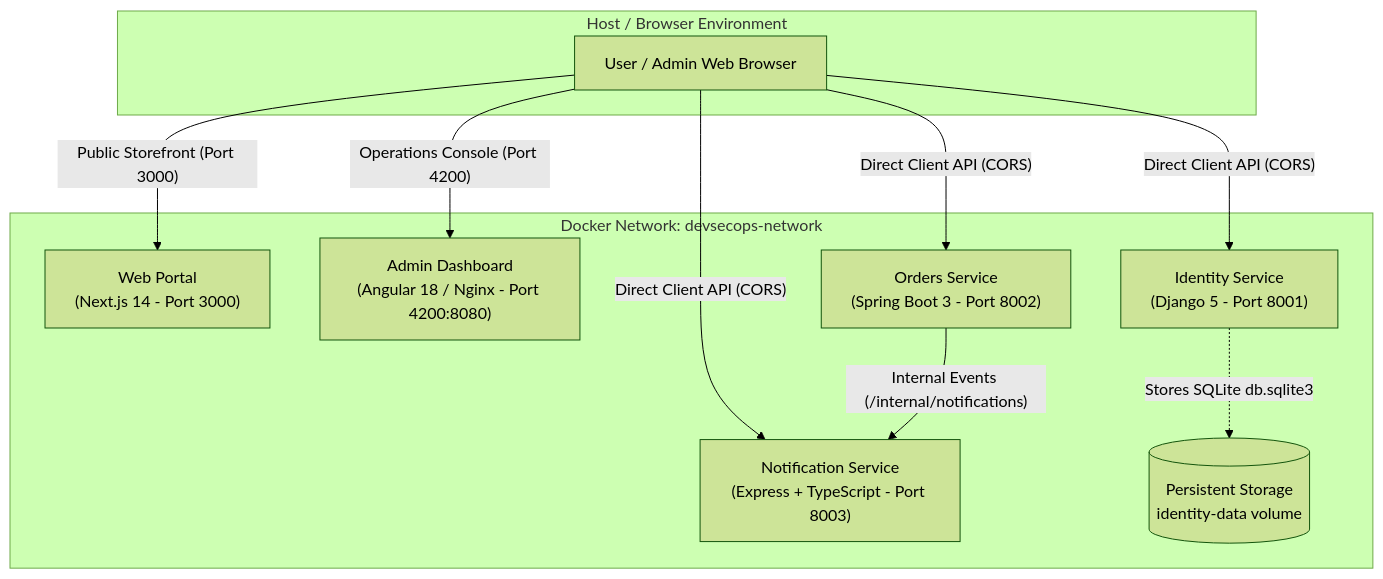
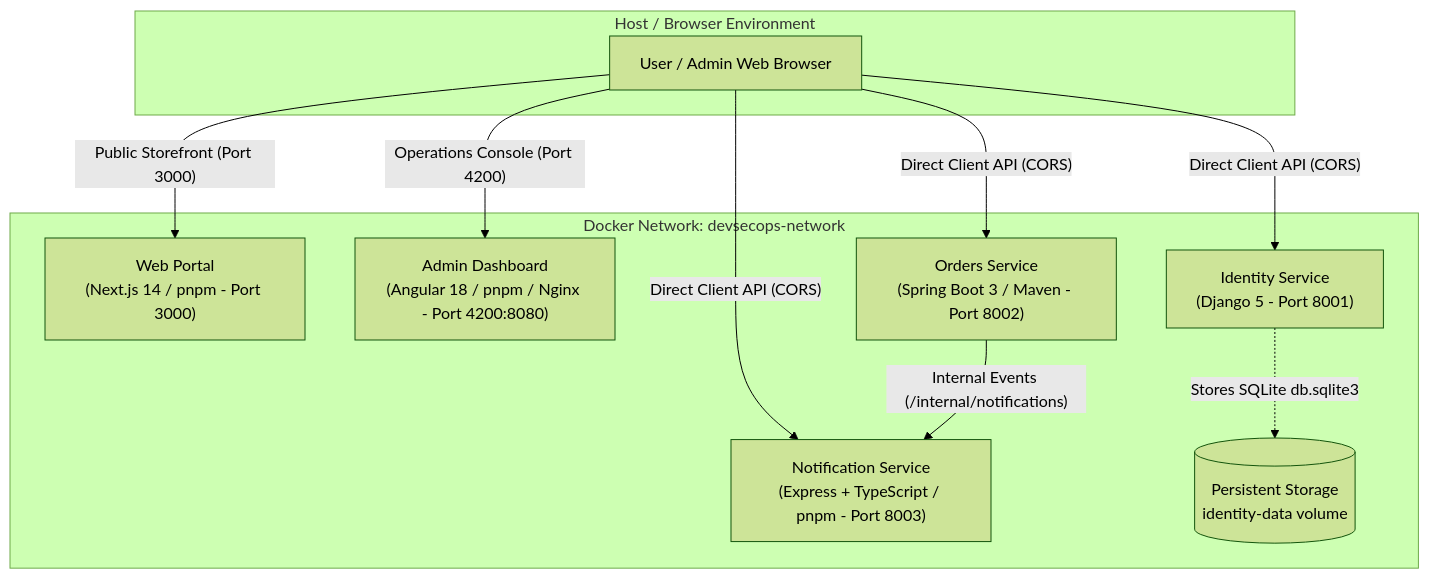
Before and after one commit to O2sa/DevSecOps-Monorepo-Shawcase: the diagram in README.md, drawn with Mermaid (forest theme). The commit also changed other lines of this file and 14 other files, not shown here.

Commit message:
feat: implement multi-stage Docker builds using pnpm for all web and service applications and update documentation accordingly.

````diff
--- a/README.md
+++ b/README.md
@@ -9,26 +9,26 @@
 ```mermaid
 flowchart TD
     subgraph Host / Browser Environment
         Browser["User / Admin Web Browser"]
     end
 
     subgraph Docker Network: devsecops-network
-        Web["Web Portal<br/>(Next.js 14 - Port 3000)"]
-        Dashboard["Admin Dashboard<br/>(Angular 18 / Nginx - Port 4200:8080)"]
+        Web["Web Portal<br/>(Next.js 14 / pnpm - Port 3000)"]
+        Dashboard["Admin Dashboard<br/>(Angular 18 / pnpm / Nginx - Port 4200:8080)"]
         Identity["Identity Service<br/>(Django 5 - Port 8001)"]
-        Orders["Orders Service<br/>(Spring Boot 3 - Port 8002)"]
-        Notify["Notification Service<br/>(Express + TypeScript - Port 8003)"]
+        Orders["Orders Service<br/>(Spring Boot 3 / Maven - Port 8002)"]
+        Notify["Notification Service<br/>(Express + TypeScript / pnpm - Port 8003)"]
         Volume[("Persistent Storage<br/>identity-data volume")]
     end
 
     %% Browser direct access via mapped host ports
     Browser -->|"Public Storefront (Port 3000)"| Web
     Browser -->|"Operations Console (Port 4200)"| Dashboard
     Browser -->|"Direct Client API (CORS)"| Identity
     Browser -->|"Direct Client API (CORS)"| Orders
     Browser -->|"Direct Client API (CORS)"| Notify
 
     %% Service-to-service internal Docker communication
     Orders -->|"Internal Events (/internal/notifications)"| Notify
     Identity -.->|"Stores SQLite db.sqlite3"| Volume
 ```
````
